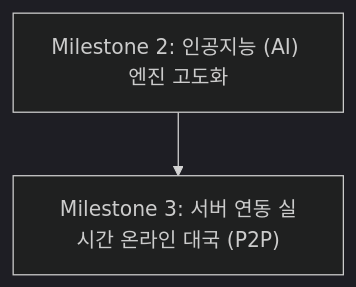
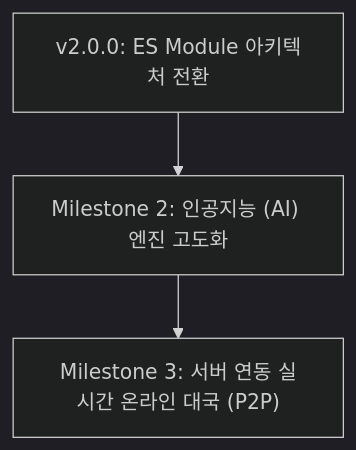
The first of 4 diagrams in small-project/janggi/roadmap.md (iseohyun/html), drawn with Mermaid (dark theme) before and after one commit. The commit also changed other lines of this file, not shown here.

Commit message:
docs: roadmap.md에 전문가2(Technical Reviewer) 기술 검토 의견 및 의사결정 코멘트 추가 완료

````diff
--- a/small-project/janggi/roadmap.md
+++ b/small-project/janggi/roadmap.md
@@ -19,4 +12,5 @@
 ```mermaid
 flowchart TD
-    M2["Milestone 2: 인공지능 (AI) 엔진 고도화"] --> M3["Milestone 3: 서버 연동 실시간 온라인 대국 (P2P)"]
+    V2["v2.0.0: ES Module 아키텍처 전환"] --> M2["Milestone 2: 인공지능 (AI) 엔진 고도화"]
+    M2 --> M3["Milestone 3: 서버 연동 실시간 온라인 대국 (P2P)"]
 ```
````
